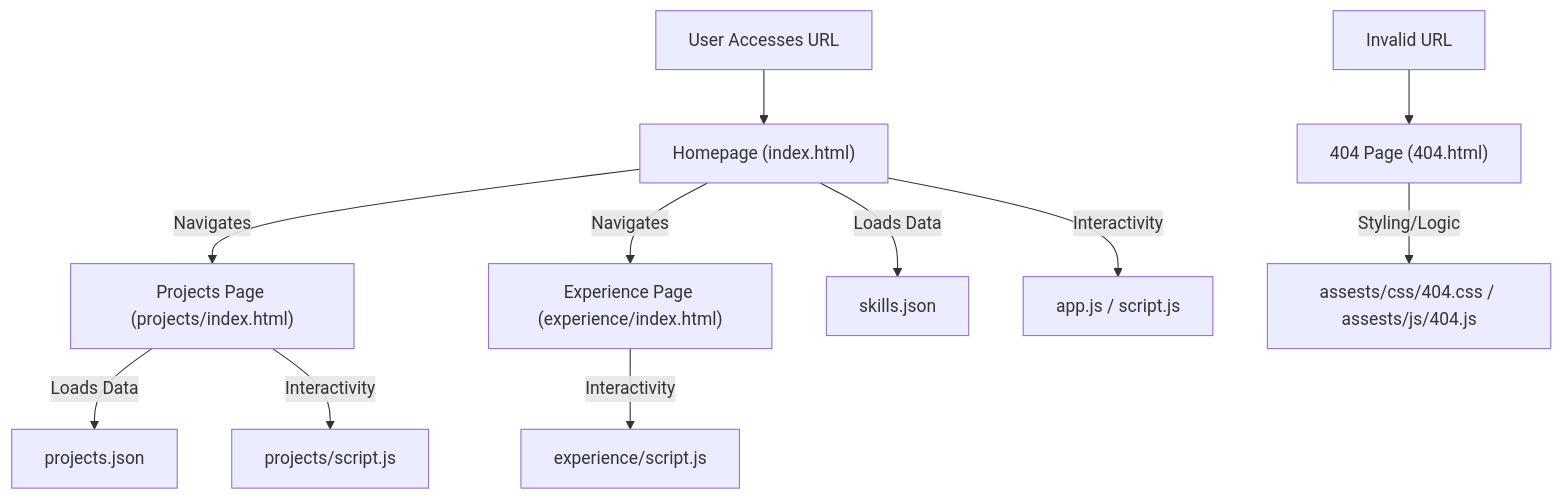
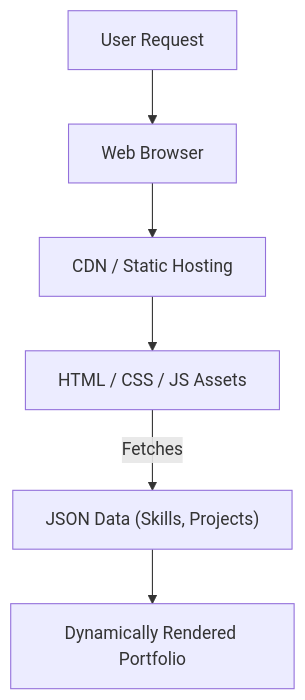
Before and after one commit to grewal16/portfolio_website: the diagram in README.md, drawn with Mermaid. The commit also changed other lines of this file, not shown here.

````diff
--- a/README.md
+++ b/README.md
@@ -45,13 +35,8 @@
 ```mermaid
 graph TD
-    A["User Accesses URL"] --> B["Homepage (index.html)"];
-    B -- "Navigates" --> C["Projects Page (projects/index.html)"];
-    B -- "Navigates" --> D["Experience Page (experience/index.html)"];
-    C -- "Loads Data" --> E["projects.json"];
-    B -- "Loads Data" --> F["skills.json"];
-    B -- "Interactivity" --> G["app.js / script.js"];
-    C -- "Interactivity" --> H["projects/script.js"];
-    D -- "Interactivity" --> I["experience/script.js"];
-    J["Invalid URL"] --> K["404 Page (404.html)"];
-    K -- "Styling/Logic" --> L["assests/css/404.css / assests/js/404.js"];
+    A["User Request"] --> B["Web Browser"];
+    B --> C["CDN / Static Hosting"];
+    C --> D["HTML / CSS / JS Assets"];
+    D -- Fetches --> E["JSON Data (Skills, Projects)"];
+    E --> F["Dynamically Rendered Portfolio"];
 ```
````
